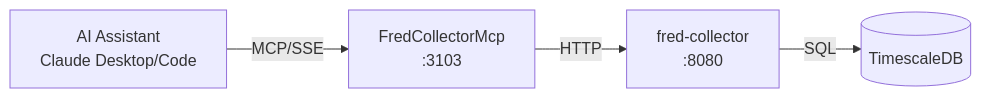
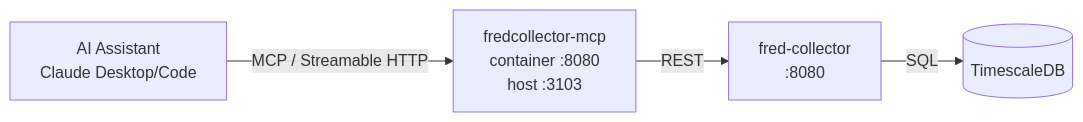
Before and after one commit to jpansarasa/ATLAS-Docs: the diagram in FredCollector/mcp/README.md, drawn with Mermaid. The commit also changed other lines of this file, not shown here.

````diff
--- a/FredCollector/mcp/README.md
+++ b/FredCollector/mcp/README.md
@@ -11,6 +11,6 @@
 ```mermaid
 flowchart LR
-    AI[AI Assistant<br/>Claude Desktop/Code] -->|MCP/SSE| MCP[FredCollectorMcp<br/>:3103]
-    MCP -->|HTTP| API[fred-collector<br/>:8080]
+    AI[AI Assistant<br/>Claude Desktop/Code] -->|MCP / Streamable HTTP| MCP[fredcollector-mcp<br/>container :8080<br/>host :3103]
+    MCP -->|REST| API[fred-collector<br/>:8080]
     API -->|SQL| DB[(TimescaleDB)]
 ```
````
